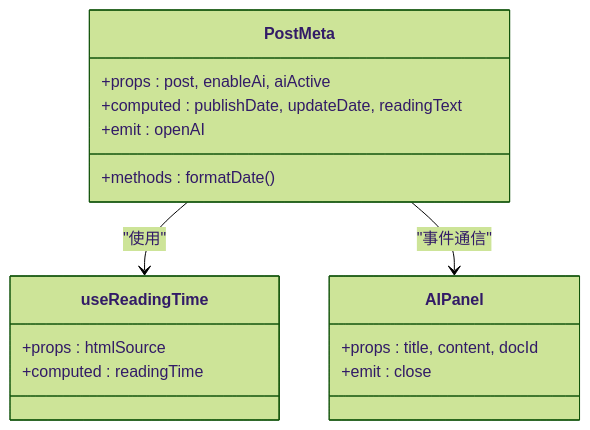
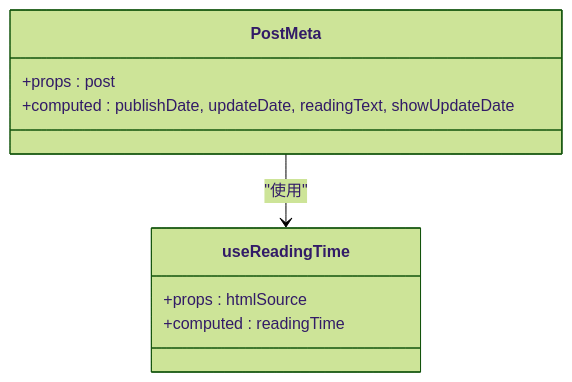
The sixth of 8 diagrams in .qoder/repowiki/zh/content/核心功能/UI 组件系统/内容组件.md (terwer/siyuan-plugin-blog), drawn with Mermaid (forest theme) before and after one commit. The commit also changed other lines of this file and 5 other files, not shown here.

````diff
--- a/.qoder/repowiki/zh/content/核心功能/UI 组件系统/内容组件.md
+++ b/.qoder/repowiki/zh/content/核心功能/UI 组件系统/内容组件.md
@@ -335,19 +327,12 @@
 ```mermaid
 classDiagram
 class PostMeta {
-+props : post, enableAi, aiActive
-+computed : publishDate, updateDate, readingText
-+emit : openAI
-+methods : formatDate()
++props : post
++computed : publishDate, updateDate, readingText, showUpdateDate
 }
 class useReadingTime {
 +props : htmlSource
 +computed : readingTime
 }
-class AIPanel {
-+props : title, content, docId
-+emit : close
-}
 PostMeta --> useReadingTime : "使用"
-PostMeta --> AIPanel : "事件通信"
 ```
````
